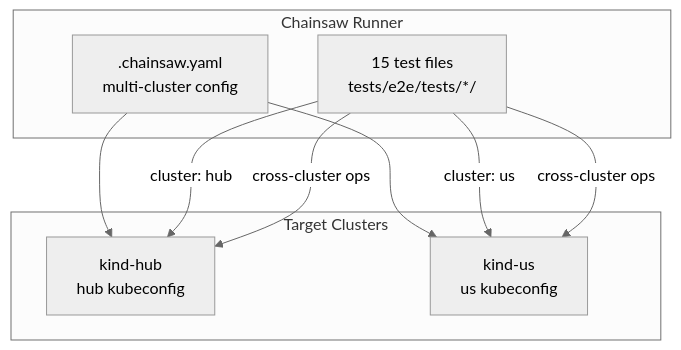
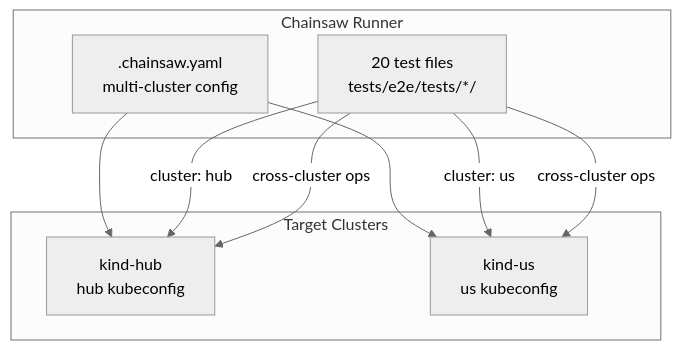
Before and after one commit to sojoner/kro-lab: the first of 3 diagrams in docs/platform-mvp/06-e2e-verification.md, drawn with Mermaid (neutral theme). The commit also changed other lines of this file and 126 other files, not shown here.

````diff
--- a/docs/platform-mvp/06-e2e-verification.md
+++ b/docs/platform-mvp/06-e2e-verification.md
@@ -9,19 +9,19 @@
 ```mermaid
 graph TB
     subgraph "Chainsaw Runner"
         CFG[".chainsaw.yaml<br/>multi-cluster config"]
-        TESTS["15 test files<br/>tests/e2e/tests/*/"]
+        TESTS["20 test files<br/>tests/e2e/tests/*/"]
     end
 
     subgraph "Target Clusters"
         HUB["kind-hub<br/>hub kubeconfig"]
         US["kind-us<br/>us kubeconfig"]
     end
 
     CFG --> HUB
     CFG --> US
     TESTS -->|"cluster: hub"| HUB
     TESTS -->|"cluster: us"| US
     TESTS -->|"cross-cluster ops"| HUB
     TESTS -->|"cross-cluster ops"| US
 ```
````
